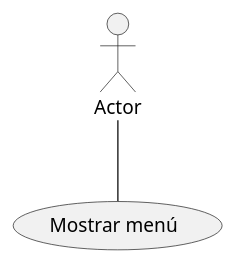
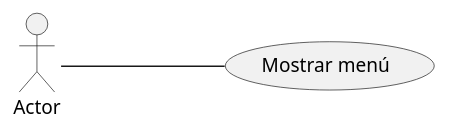
The diagram in src/ClasesUso.puml (tatianagarijo/UMLClasesUsoTatianaGarijo), drawn with PlantUML before and after one commit. The commit also changed 1 other file, not shown here.

```diff
--- a/src/ClasesUso.puml
+++ b/src/ClasesUso.puml
@@ -1,3 +1,4 @@
 @startuml
-:Actor: -- (Mostrar menú)
+left to right direction
+:Actor: --- (Mostrar menú)
 @enduml
```
